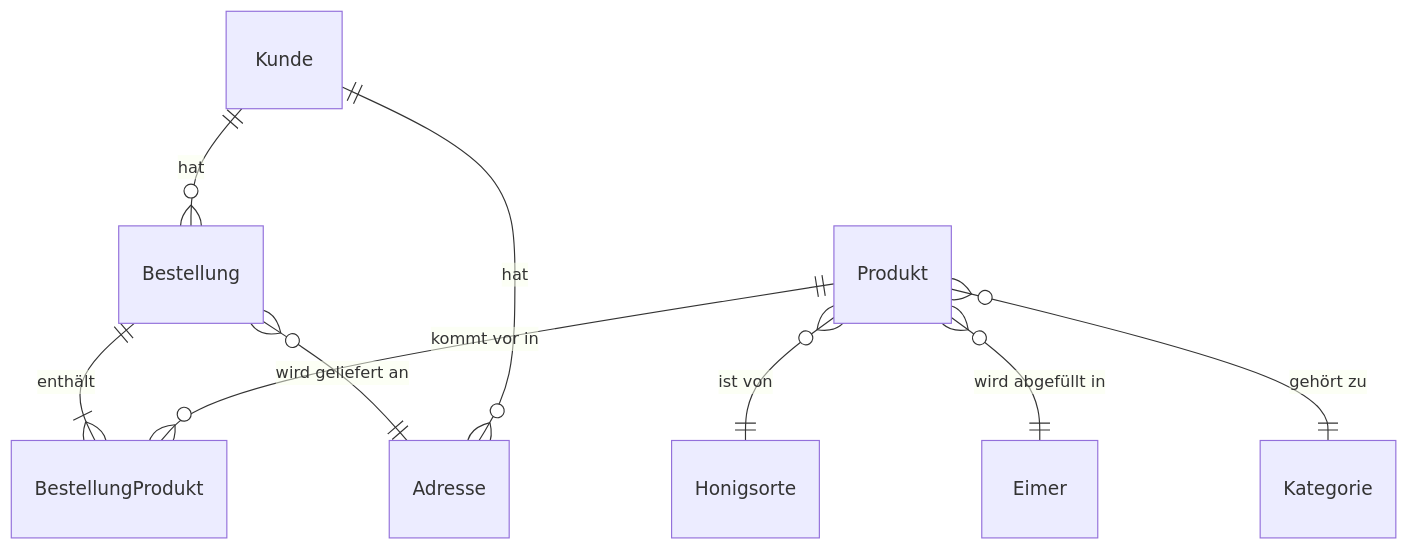
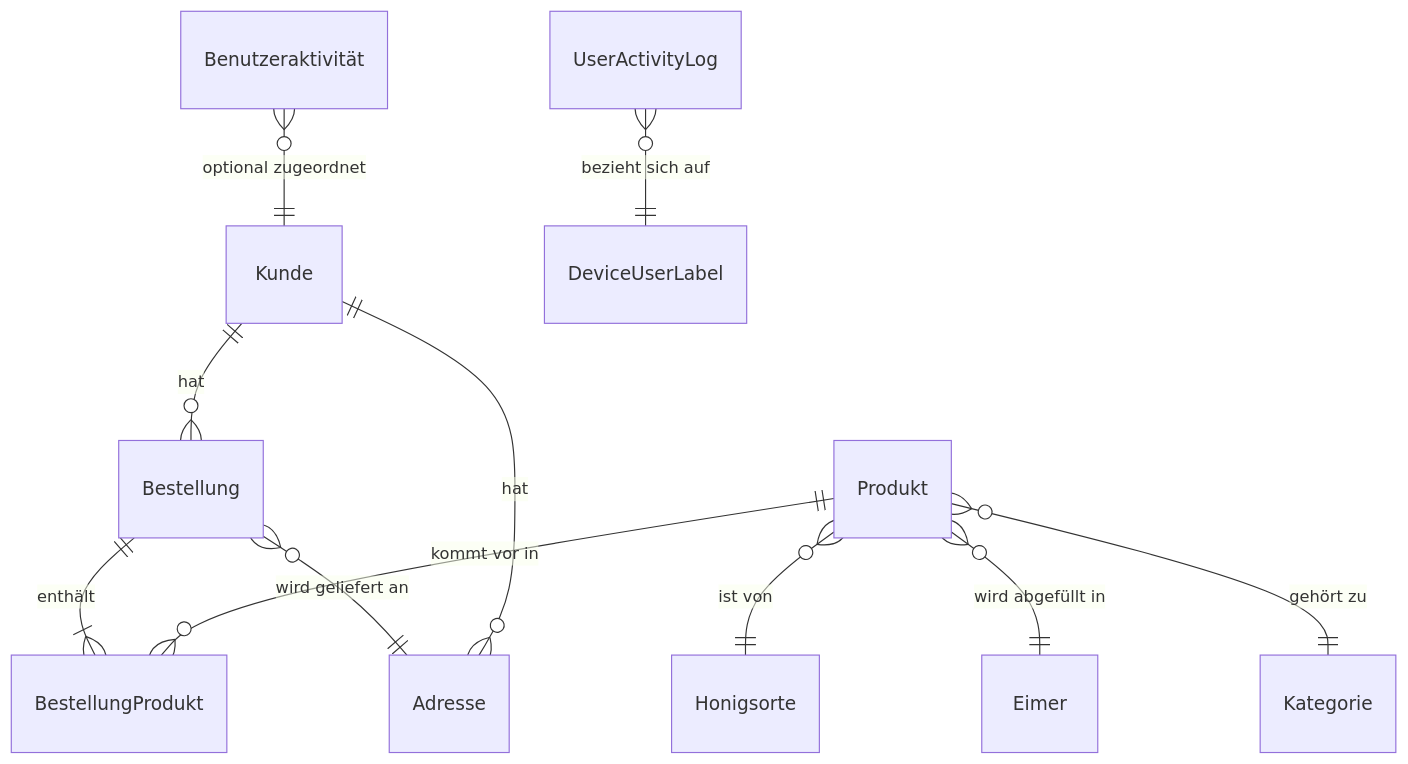
Before and after one commit to andreaseirich/honey-treasures: the diagram in docs/DATENMODELL.md, drawn with Mermaid. The commit also changed other lines of this file and 2 other files, not shown here.

````diff
--- a/docs/DATENMODELL.md
+++ b/docs/DATENMODELL.md
@@ -18,11 +21,13 @@
 ```mermaid
 erDiagram
     Kunde ||--o{ Bestellung : "hat"
     Bestellung ||--|{ BestellungProdukt : "enthält"
     Produkt ||--o{ BestellungProdukt : "kommt vor in"
     Produkt }o--|| Honigsorte : "ist von"
     Produkt }o--|| Eimer : "wird abgefüllt in"
     Produkt }o--|| Kategorie : "gehört zu"
     Bestellung }o--|| Adresse : "wird geliefert an"
     Kunde ||--o{ Adresse : "hat"
+    Benutzeraktivität }o--|| Kunde : "optional zugeordnet"
+    UserActivityLog }o--|| DeviceUserLabel : "bezieht sich auf"
 ```
````
